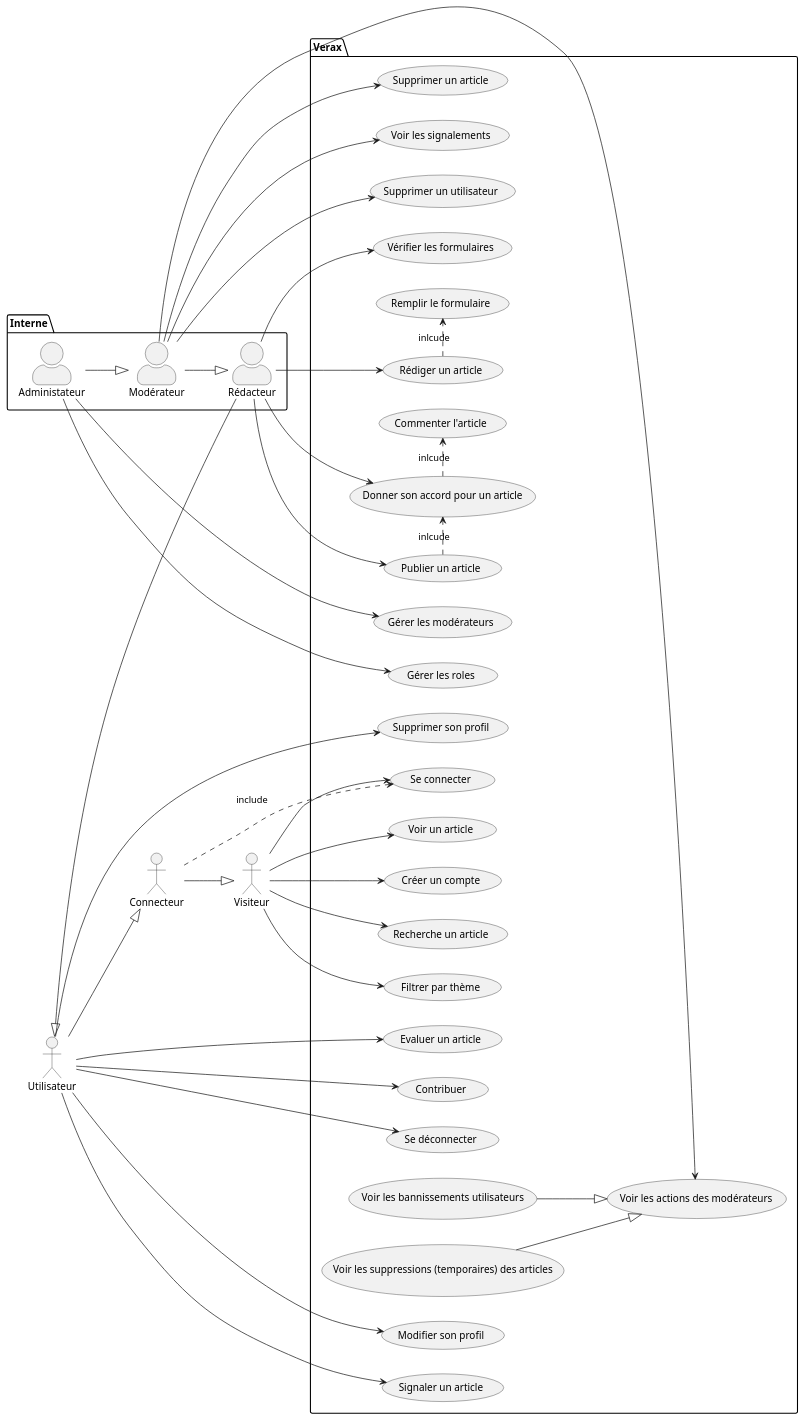
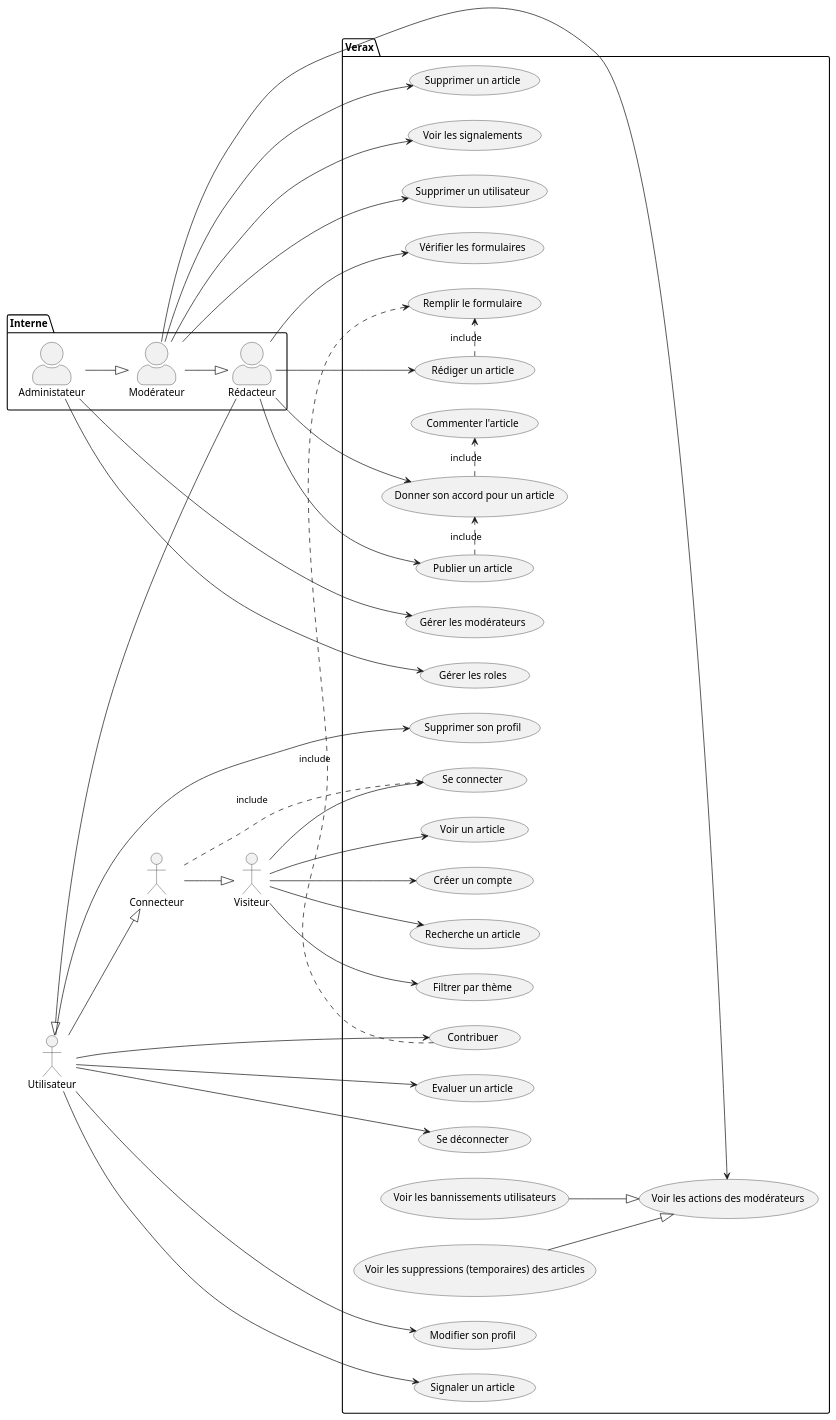
One commit to tonyfgs/Verax changed the diagram in Diagramme/casUtilisation.md. Above: the diagram before and after it, drawn with PlantUML.

Commit message:
travail sur le diagramme..

```diff
--- a/Diagramme/casUtilisation.md
+++ b/Diagramme/casUtilisation.md
@@ -68,9 +68,10 @@
 u --> UC24
 u --> UC25
 
-UC11 .> UC10 : inlcude
-UC13 .> UC15 : inlcude
-UC14 .> UC13 : inlcude
+UC11 .> UC10 : include
+UC13 .> UC15 : include
+UC14 .> UC13 : include
+UC7 .> UC10  : include
 
 r --> UC11
 r --> UC12
```
